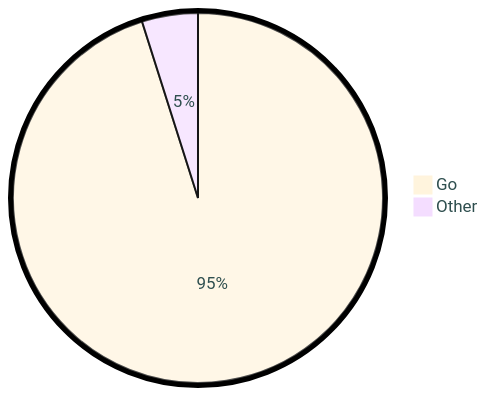
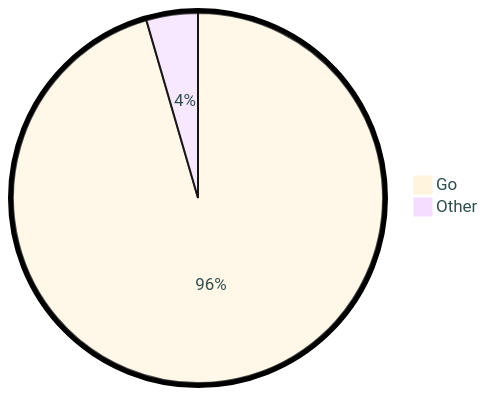
One commit to tot0p/tot0p changed the diagram in README.md. Above: the diagram before and after it, drawn with Mermaid. The commit also changed other lines of this file, not shown here.

````diff
--- a/README.md
+++ b/README.md
@@ -122,6 +122,6 @@
 ```mermaid
 %%{init: {"pie": {"textPosition": 0.5}, "themeVariables": {"pieOuterStrokeWidth": "5px","primaryTextColor" : "#2F4F4F"},"theme":"base"} }%%
 pie
-	"Go": 95.1
-	"Other": 4.89
+	"Go": 95.51
+	"Other": 4.499999999999999
 ```
````
